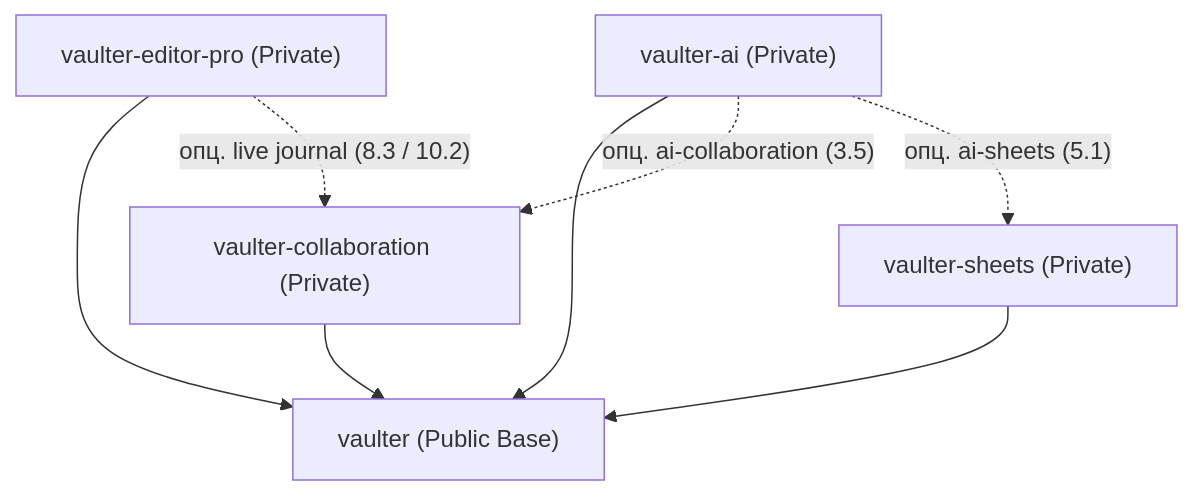
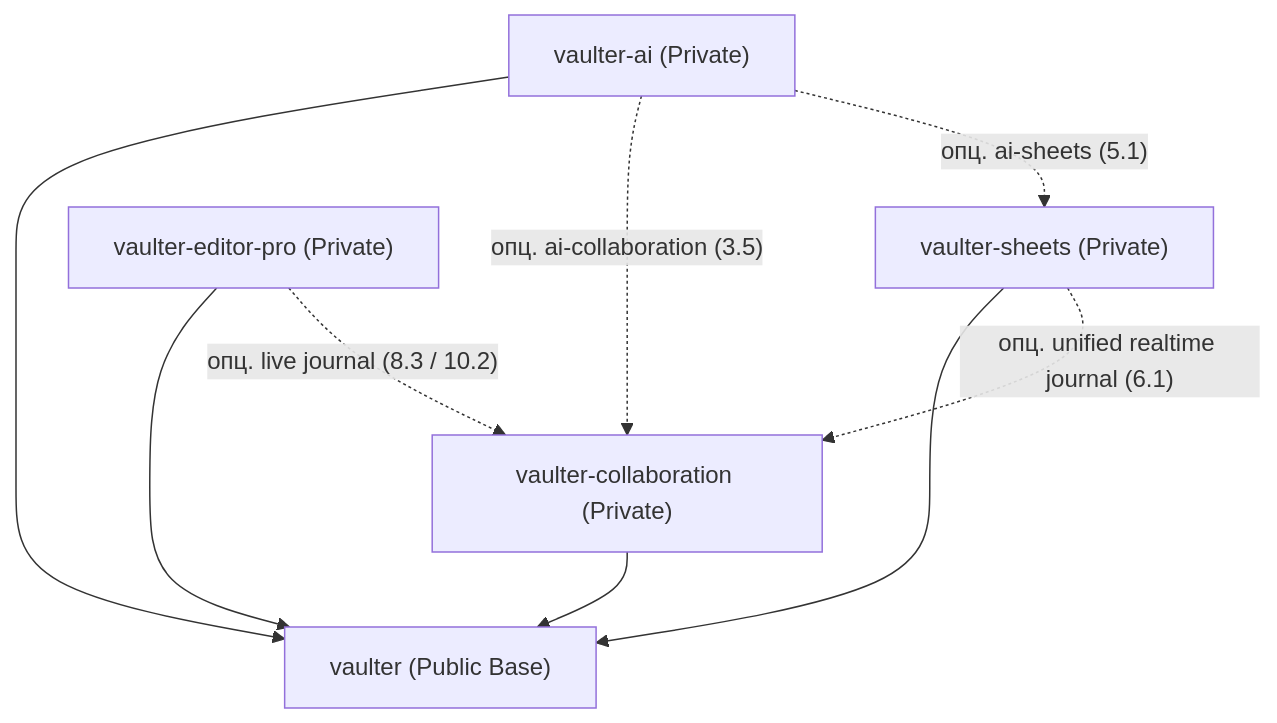
One commit to axiomasoft/vaulter changed the diagram in plan/repos/README.md. Above: the diagram before and after it, drawn with Mermaid. The commit also changed other lines of this file and 66 other files, not shown here.

Commit message:
Finalize Vaulter ecosystem plan, engineering standards, orchestration and drop obsolete roadmap

````diff
--- a/plan/repos/README.md
+++ b/plan/repos/README.md
@@ -15,16 +15,17 @@
 ```mermaid
 flowchart TD
     V["vaulter (Public Base)"]
     VC["vaulter-collaboration (Private)"]
     VS["vaulter-sheets (Private)"]
     VE["vaulter-editor-pro (Private)"]
     VA["vaulter-ai (Private)"]
 
     VC --> V
     VS --> V
+    VS -. "опц. unified realtime journal (6.1)" .-> VC
     VE --> V
     VE -. "опц. live journal (8.3 / 10.2)" .-> VC
     VA --> V
     VA -. "опц. ai-collaboration (3.5)" .-> VC
     VA -. "опц. ai-sheets (5.1)" .-> VS
 ```
````
